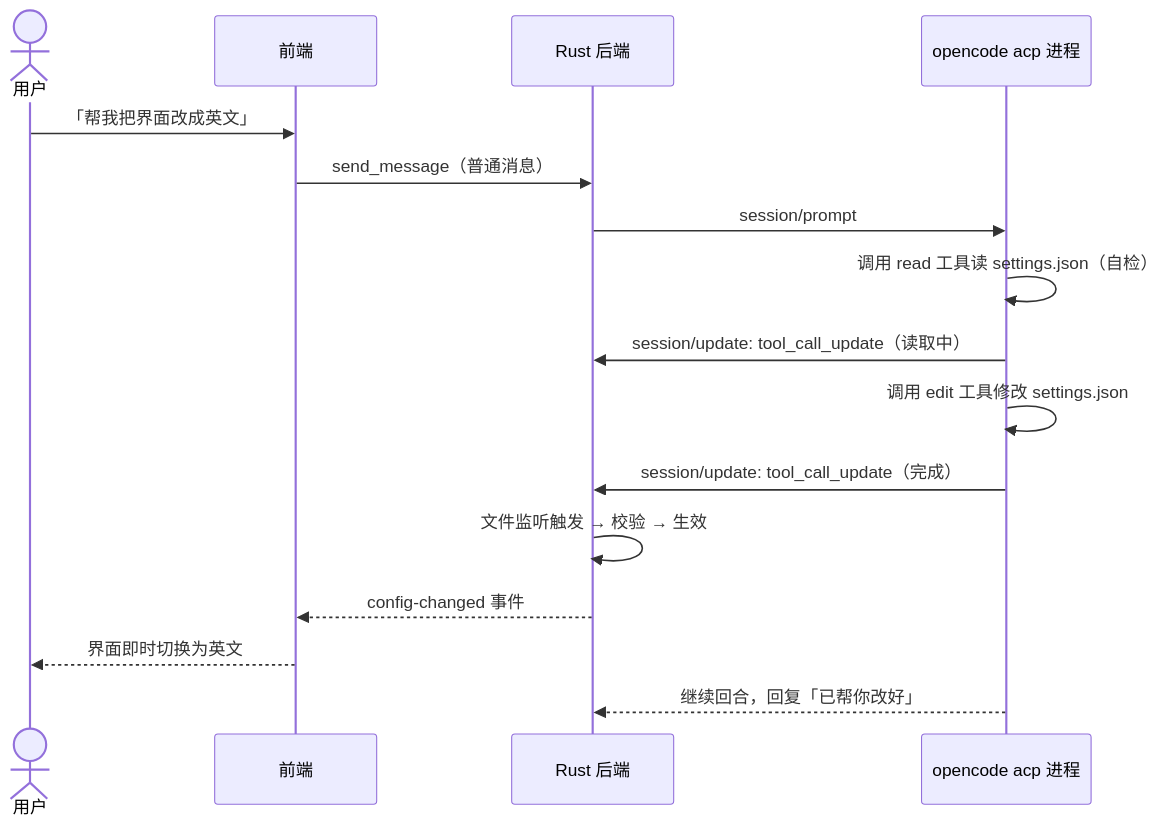
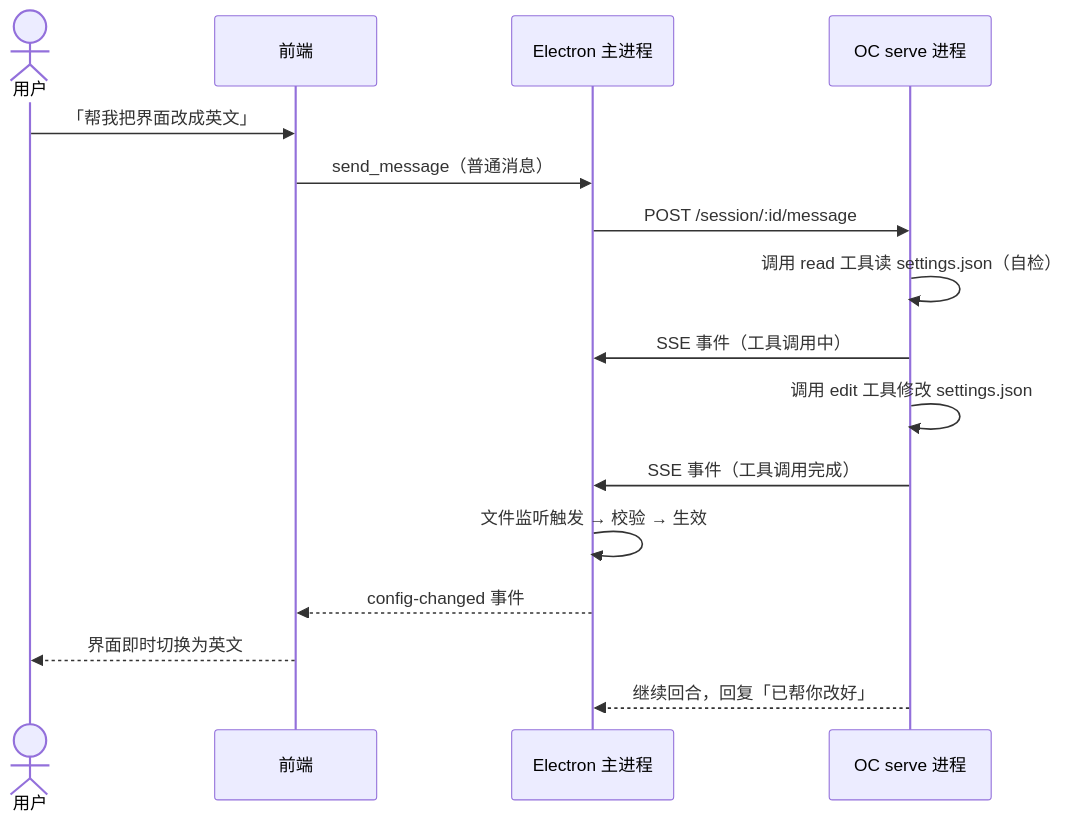
Before and after one commit to Max-Null/fractal: the fourth of 7 diagrams in docs/设计/分形-设计方案.md, drawn with Mermaid. The commit also changed other lines of this file, not shown here.

````diff
--- a/docs/设计/分形-设计方案.md
+++ b/docs/设计/分形-设计方案.md
@@ -528,19 +532,19 @@
 ```mermaid
 sequenceDiagram
     actor 用户
     participant 前端
-    participant Rust as Rust 后端
-    participant ACP as opencode acp 进程
+    participant Main as Electron 主进程
+    participant OC as OC serve 进程
 
     用户->>前端: 「帮我把界面改成英文」
-    前端->>Rust: send_message（普通消息）
-    Rust->>ACP: session/prompt
-    ACP->>ACP: 调用 read 工具读 settings.json（自检）
-    ACP->>Rust: session/update: tool_call_update（读取中）
-    ACP->>ACP: 调用 edit 工具修改 settings.json
-    ACP->>Rust: session/update: tool_call_update（完成）
-    Rust->>Rust: 文件监听触发 → 校验 → 生效
-    Rust-->>前端: config-changed 事件
+    前端->>Main: send_message（普通消息）
+    Main->>OC: POST /session/:id/message
+    OC->>OC: 调用 read 工具读 settings.json（自检）
+    OC->>Main: SSE 事件（工具调用中）
+    OC->>OC: 调用 edit 工具修改 settings.json
+    OC->>Main: SSE 事件（工具调用完成）
+    Main->>Main: 文件监听触发 → 校验 → 生效
+    Main-->>前端: config-changed 事件
     前端-->>用户: 界面即时切换为英文
-    ACP-->>Rust: 继续回合，回复「已帮你改好」
+    OC-->>Main: 继续回合，回复「已帮你改好」
 ```
````
